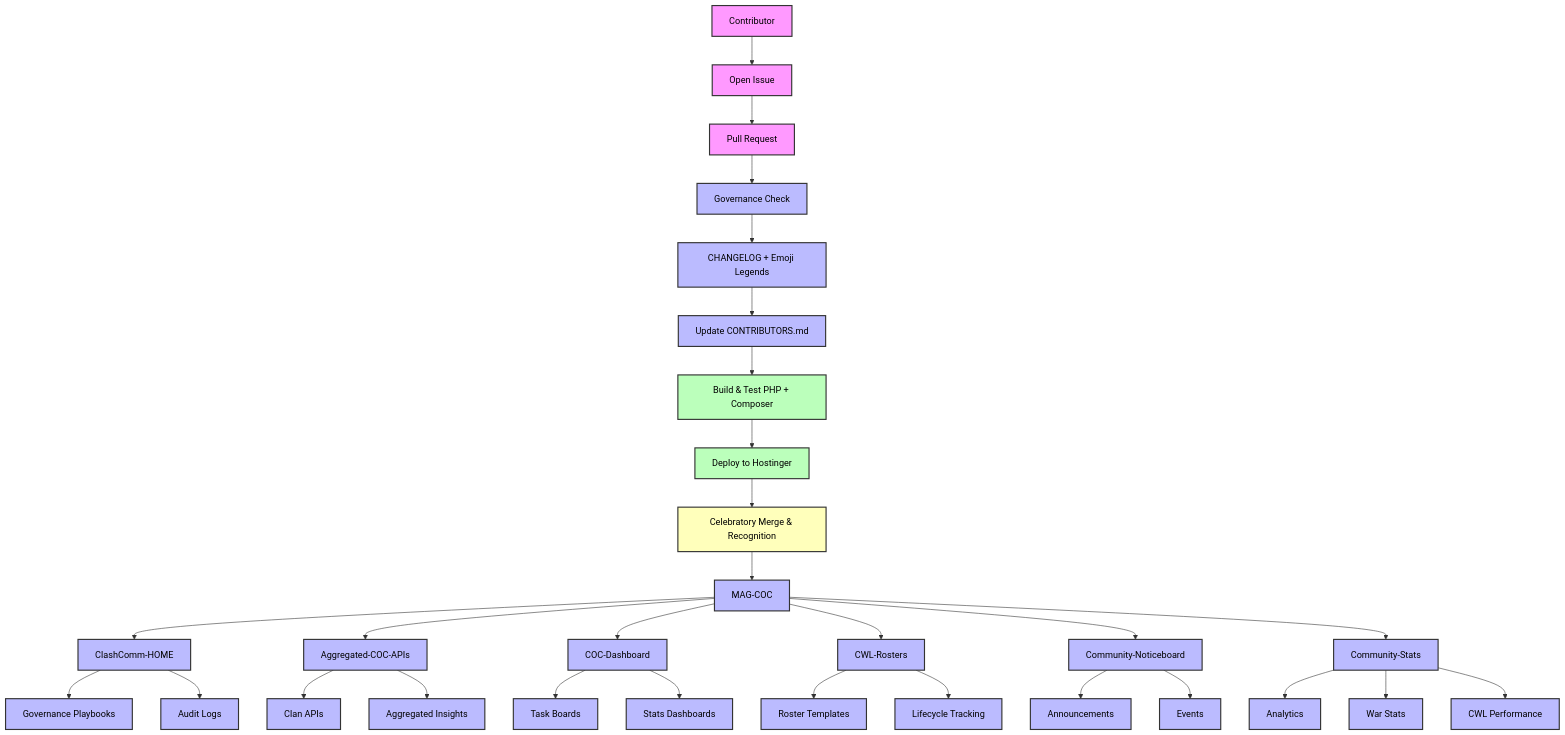
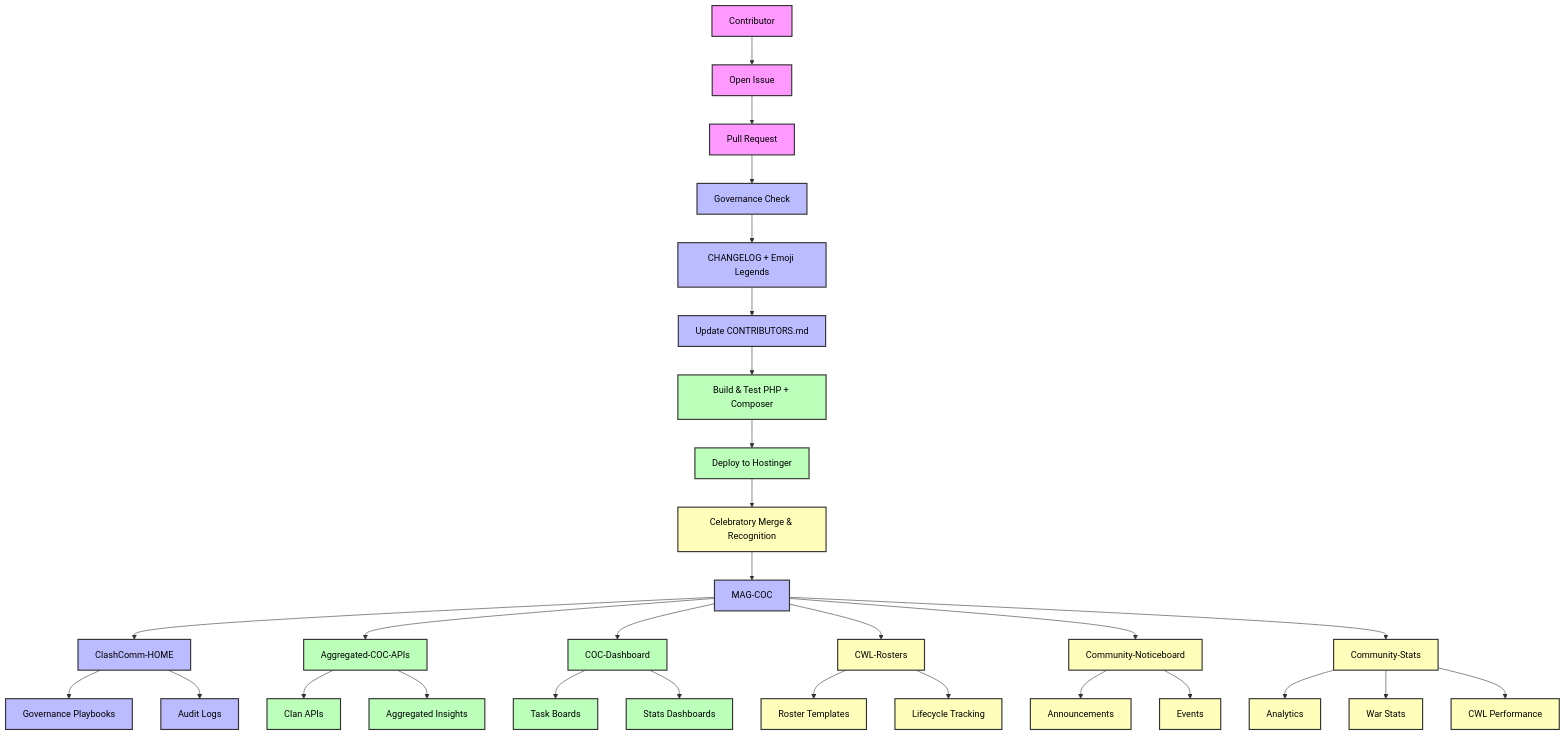
The third of 3 diagrams in README.md (MAG-COC/MAG-COC), drawn with Mermaid before and after one commit.

Commit message:
Update README.md
updated.

````diff
--- a/README.md
+++ b/README.md
@@ -107,56 +107,61 @@
 ```mermaid
 flowchart TD
     %% Governance Lifecycle
     A[Contributor] --> B[Open Issue]
     B --> C[Pull Request]
     C --> D[Governance Check]
     D --> E[CHANGELOG + Emoji Legends]
     E --> F[Update CONTRIBUTORS.md]
     F --> G[Build & Test PHP + Composer]
     G --> H[Deploy to Hostinger]
     H --> I[Celebratory Merge & Recognition]
 
     %% Repo Ecosystem
     I --> J[MAG-COC]
     J --> K[ClashComm-HOME]
     J --> L[Aggregated-COC-APIs]
     J --> M[COC-Dashboard]
     J --> N[CWL-Rosters]
     J --> O[Community-Noticeboard]
     J --> P[Community-Stats]
 
     %% Sub-nodes for clarity
     K --> K1[Governance Playbooks]
     K --> K2[Audit Logs]
 
     L --> L1[Clan APIs]
     L --> L2[Aggregated Insights]
 
     M --> M1[Task Boards]
     M --> M2[Stats Dashboards]
 
     N --> N1[Roster Templates]
     N --> N2[Lifecycle Tracking]
 
     O --> O1[Announcements]
     O --> O2[Events]
 
     P --> P1[Analytics]
     P --> P2[War Stats]
     P --> P3[CWL Performance]
 
     %% Assign classes
     class A,B,C contributor
     class D,E,F governance
     class G,H technical
     class I celebratory
 
     %% Repo ecosystem classes
-    class J,K,K1,K2,L,L1,L2,M,M1,M2,N,N1,N2,O,O1,O2,P,P1,P2,P3 governance
+    class J,K,K1,K2 governance
+    class L,L1,L2 technical
+    class M,M1,M2 technical
+    class N,N1,N2 celebratory
+    class O,O1,O2 celebratory
+    class P,P1,P2,P3 celebratory
 
     %% Define styles with black text
     classDef contributor fill:#f9f,color:#000,stroke:#333,stroke-width:2px;
     classDef governance fill:#bbf,color:#000,stroke:#333,stroke-width:2px;
     classDef technical fill:#bfb,color:#000,stroke:#333,stroke-width:2px;
     classDef celebratory fill:#ffb,color:#000,stroke:#333,stroke-width:2px;
 ```
````
